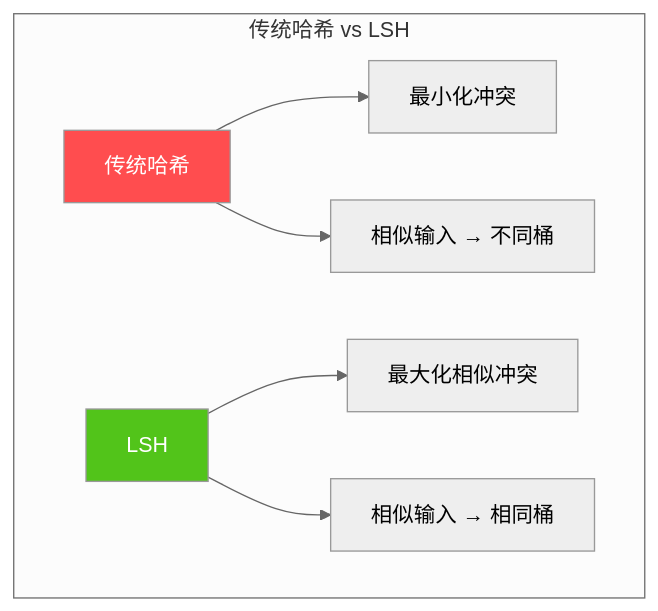
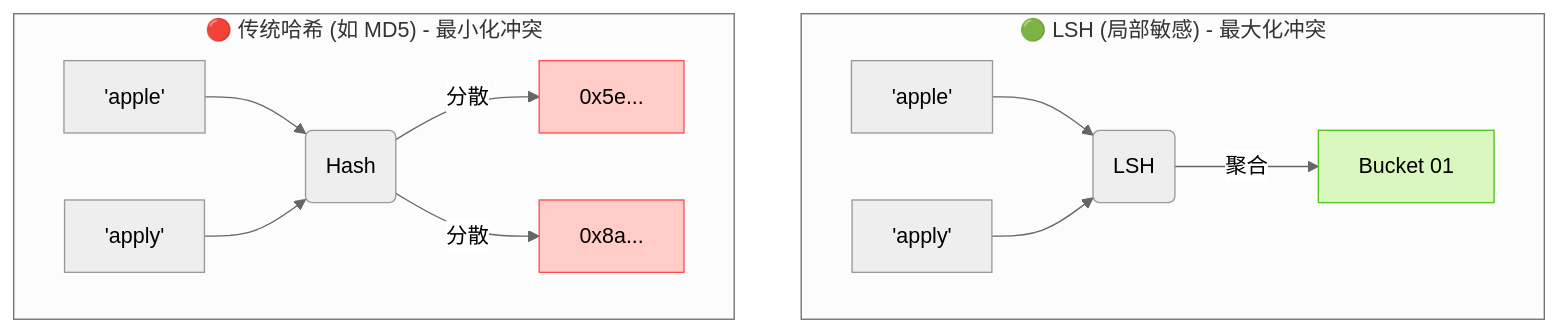
One commit to ThreeFish-AI/agentic-ai-cognizes changed diagram 11 of 40 in docs/research/003-vector-search-algorithm.md. Above: the diagram before and after it, drawn with Mermaid (neutral theme). The commit also changed other lines of this file, not shown here.

First line of the commit message:
docs(Research): 优化 LSH 章节说明与图表样式;

````diff
--- a/docs/research/003-vector-search-algorithm.md
+++ b/docs/research/003-vector-search-algorithm.md
@@ -426,13 +426,19 @@
 ```mermaid
-graph TB
-    subgraph "传统哈希 vs LSH"
-        T[传统哈希] --> T1[最小化冲突]
-        T --> T2[相似输入 → 不同桶]
-
-        L[LSH] --> L1[最大化相似冲突]
-        L --> L2[相似输入 → 相同桶]
+graph TD
+    subgraph LSH_Box["🟢 LSH (局部敏感) - 最大化冲突"]
+        C["'apple'"] --> H2(LSH)
+        D["'apply'"] --> H2
+        H2 --> |聚合| L1["Bucket 01"]
     end
 
-    style T fill:#ff4d4f,color:#fff
-    style L fill:#52c41a,color:#fff
+    subgraph Traditional["🔴 传统哈希 (如 MD5) - 最小化冲突"]
+        A["'apple'"] --> H1(Hash)
+        B["'apply'"] --> H1
+        H1 --> |分散| T1["0x5e..."]
+        H1 --> |分散| T2["0x8a..."]
+    end
+
+    style T1 fill:#ffccc7,stroke:#ff4d4f
+    style T2 fill:#ffccc7,stroke:#ff4d4f
+    style L1 fill:#d9f7be,stroke:#52c41a
 ```
````
